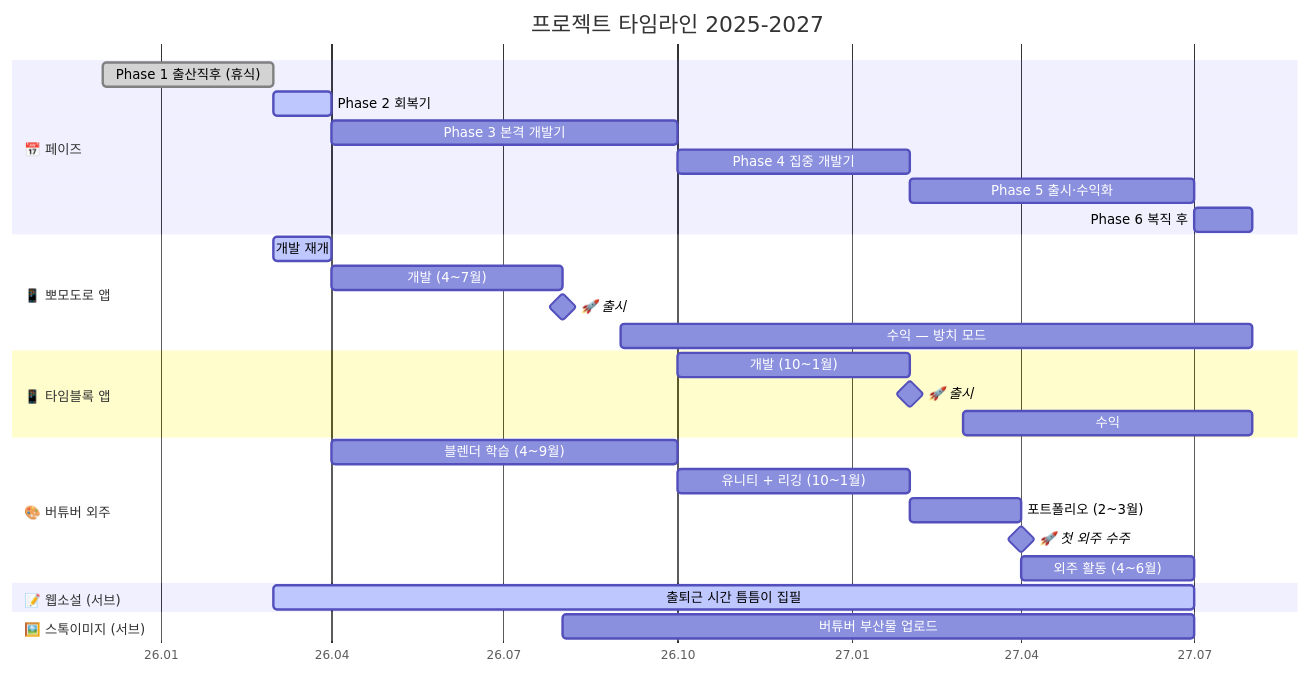
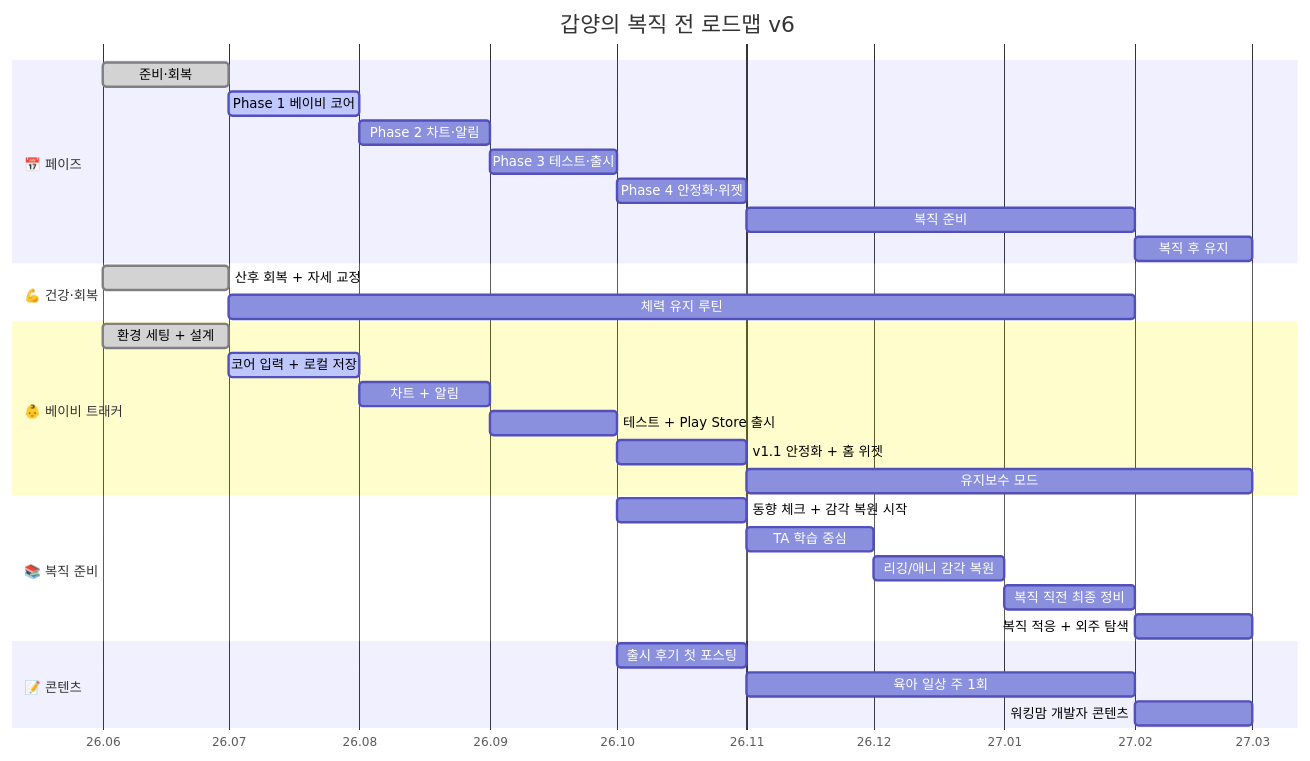
One commit to kkanbi/gabi_plan_control changed the diagram in 50_Strategy/2026_ProjectTimeline.md. Above: the diagram before and after it, drawn with Mermaid. The commit also changed other lines of this file and 5 other files, not shown here.

````diff
--- a/50_Strategy/2026_ProjectTimeline.md
+++ b/50_Strategy/2026_ProjectTimeline.md
@@ -55,38 +49,39 @@
 ```mermaid
 gantt
-    title 프로젝트 타임라인 2025-2027
+    title 갑양의 복직 전 로드맵 v6
     dateFormat YYYY-MM-DD
     axisFormat %y.%m
 
     section 📅 페이즈
-    Phase 1 출산직후 (휴식)     :done,    ph1, 2025-12-01, 2026-03-01
-    Phase 2 회복기              :active,  ph2, 2026-03-01, 2026-04-01
-    Phase 3 본격 개발기         :         ph3, 2026-04-01, 2026-10-01
-    Phase 4 집중 개발기         :         ph4, 2026-10-01, 2027-02-01
-    Phase 5 출시·수익화         :         ph5, 2027-02-01, 2027-07-01
-    Phase 6 복직 후             :         ph6, 2027-07-01, 2027-08-01
+    준비·회복                  :done,    ph0, 2026-06-01, 2026-07-01
+    Phase 1 베이비 코어        :active,  ph1, 2026-07-01, 2026-08-01
+    Phase 2 차트·알림          :         ph2, 2026-08-01, 2026-09-01
+    Phase 3 테스트·출시        :         ph3, 2026-09-01, 2026-10-01
+    Phase 4 안정화·위젯        :         ph4, 2026-10-01, 2026-11-01
+    복직 준비                  :         ph5, 2026-11-01, 2027-02-01
+    복직 후 유지               :         ph6, 2027-02-01, 2027-03-01
 
-    section 📱 뽀모도로 앱
-    개발 재개                   :active,  pomo1, 2026-03-01, 2026-04-01
-    개발 (4~7월)                :         pomo2, 2026-04-01, 2026-08-01
-    🚀 출시                     :milestone, pomo_launch, 2026-08-01, 0d
-    수익 — 방치 모드             :         pomo3, 2026-09-01, 2027-08-01
+    section 💪 건강·회복
+    산후 회복 + 자세 교정       :done,    health1, 2026-06-01, 2026-07-01
+    체력 유지 루틴              :         health2, 2026-07-01, 2027-02-01
 
-    section 📱 타임블록 앱
-    개발 (10~1월)               :         time1, 2026-10-01, 2027-02-01
-    🚀 출시                     :milestone, time_launch, 2027-02-01, 0d
-    수익                        :         time2, 2027-03-01, 2027-08-01
+    section 👶 베이비 트래커
+    환경 세팅 + 설계            :done,    baby0, 2026-06-01, 2026-07-01
+    코어 입력 + 로컬 저장       :active,  baby1, 2026-07-01, 2026-08-01
+    차트 + 알림                 :         baby2, 2026-08-01, 2026-09-01
+    테스트 + Play Store 출시    :         baby3, 2026-09-01, 2026-10-01
+    v1.1 안정화 + 홈 위젯       :         baby4, 2026-10-01, 2026-11-01
+    유지보수 모드               :         baby5, 2026-11-01, 2027-03-01
 
-    section 🎨 버튜버 외주
-    블렌더 학습 (4~9월)         :         vt1, 2026-04-01, 2026-10-01
-    유니티 + 리깅 (10~1월)      :         vt2, 2026-10-01, 2027-02-01
-    포트폴리오 (2~3월)          :         vt3, 2027-02-01, 2027-04-01
-    🚀 첫 외주 수주              :milestone, vt_launch, 2027-04-01, 0d
-    외주 활동 (4~6월)           :         vt4, 2027-04-01, 2027-07-01
+    section 📚 복직 준비
+    동향 체크 + 감각 복원 시작  :         ta1, 2026-10-01, 2026-11-01
+    TA 학습 중심                :         ta2, 2026-11-01, 2026-12-01
+    리깅/애니 감각 복원         :         ta3, 2026-12-01, 2027-01-01
+    복직 직전 최종 정비         :         ta4, 2027-01-01, 2027-02-01
+    복직 적응 + 외주 탐색       :         ta5, 2027-02-01, 2027-03-01
 
-    section 📝 웹소설 (서브)
-    출퇴근 시간 틈틈이 집필      :active,  nov1, 2026-03-01, 2027-07-01
-
-    section 🖼️ 스톡이미지 (서브)
-    버튜버 부산물 업로드         :         st1, 2026-08-01, 2027-07-01
+    section 📝 콘텐츠
+    출시 후기 첫 포스팅         :         content1, 2026-10-01, 2026-11-01
+    육아 일상 주 1회            :         content2, 2026-11-01, 2027-02-01
+    워킹맘 개발자 콘텐츠         :         content3, 2027-02-01, 2027-03-01
 ```
````
